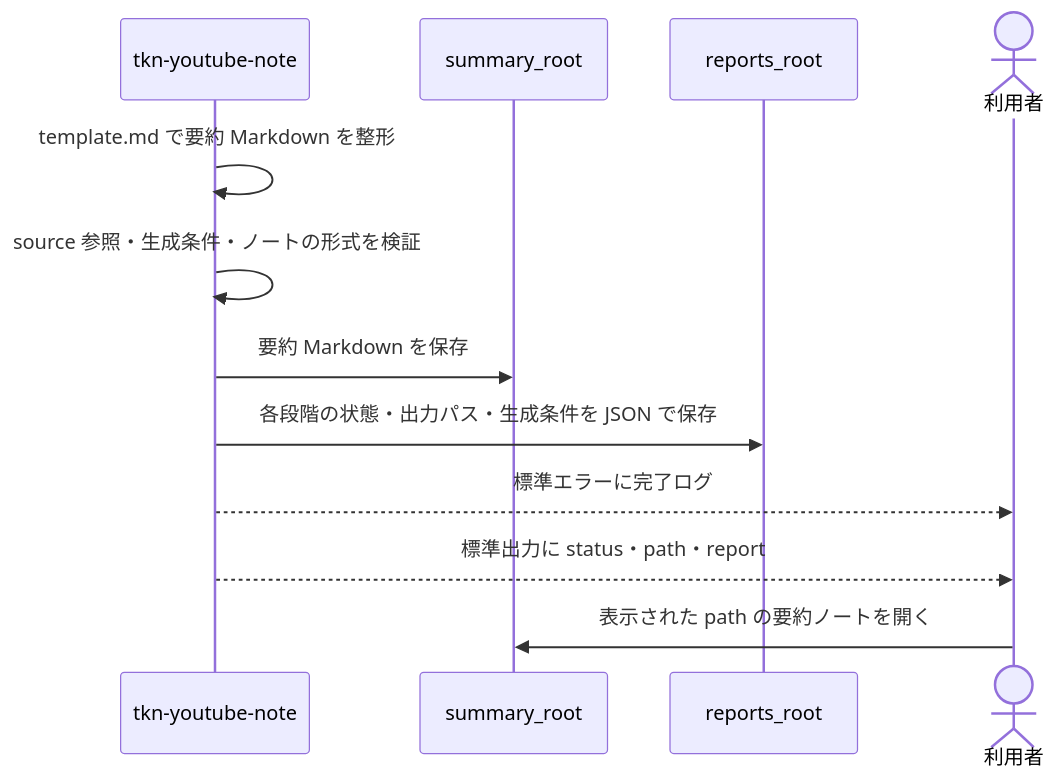
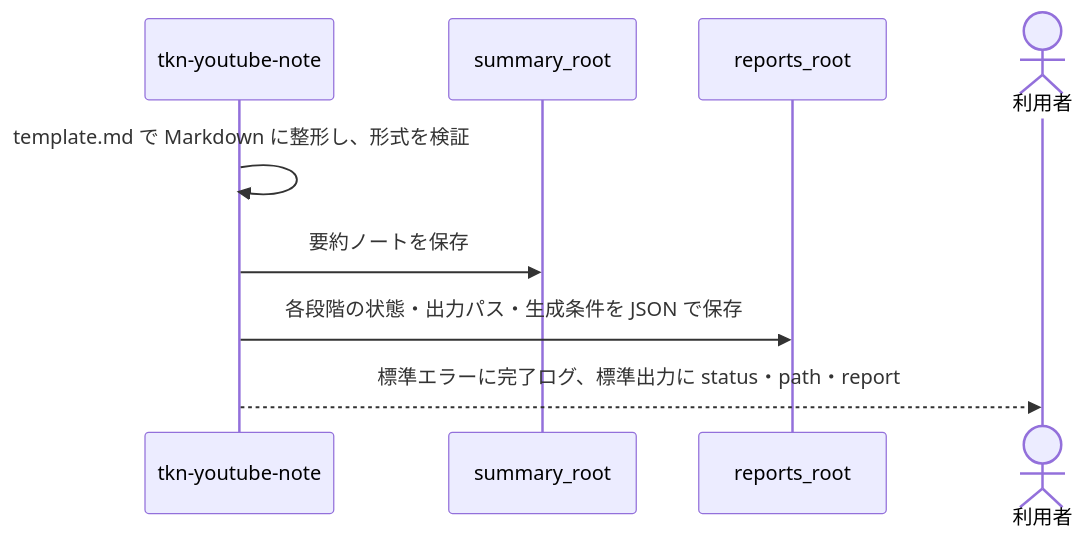
The fifth of 5 diagrams in README.md (tuckn/tkn_youtube_note_pipeline), drawn with Mermaid before and after one commit. The commit also changed other lines of this file, not shown here.

````diff
--- a/README.md
+++ b/README.md
@@ -638,15 +650,12 @@
 ```mermaid
 sequenceDiagram
     participant App as tkn-youtube-note
     participant Summary as summary_root
     participant Reports as reports_root
     actor User as 利用者
 
-    App->>App: template.md で要約 Markdown を整形
-    App->>App: source 参照・生成条件・ノートの形式を検証
-    App->>Summary: 要約 Markdown を保存
+    App->>App: template.md で Markdown に整形し、形式を検証
+    App->>Summary: 要約ノートを保存
     App->>Reports: 各段階の状態・出力パス・生成条件を JSON で保存
-    App-->>User: 標準エラーに完了ログ
-    App-->>User: 標準出力に status・path・report
-    User->>Summary: 表示された path の要約ノートを開く
+    App-->>User: 標準エラーに完了ログ、標準出力に status・path・report
 ```
````
